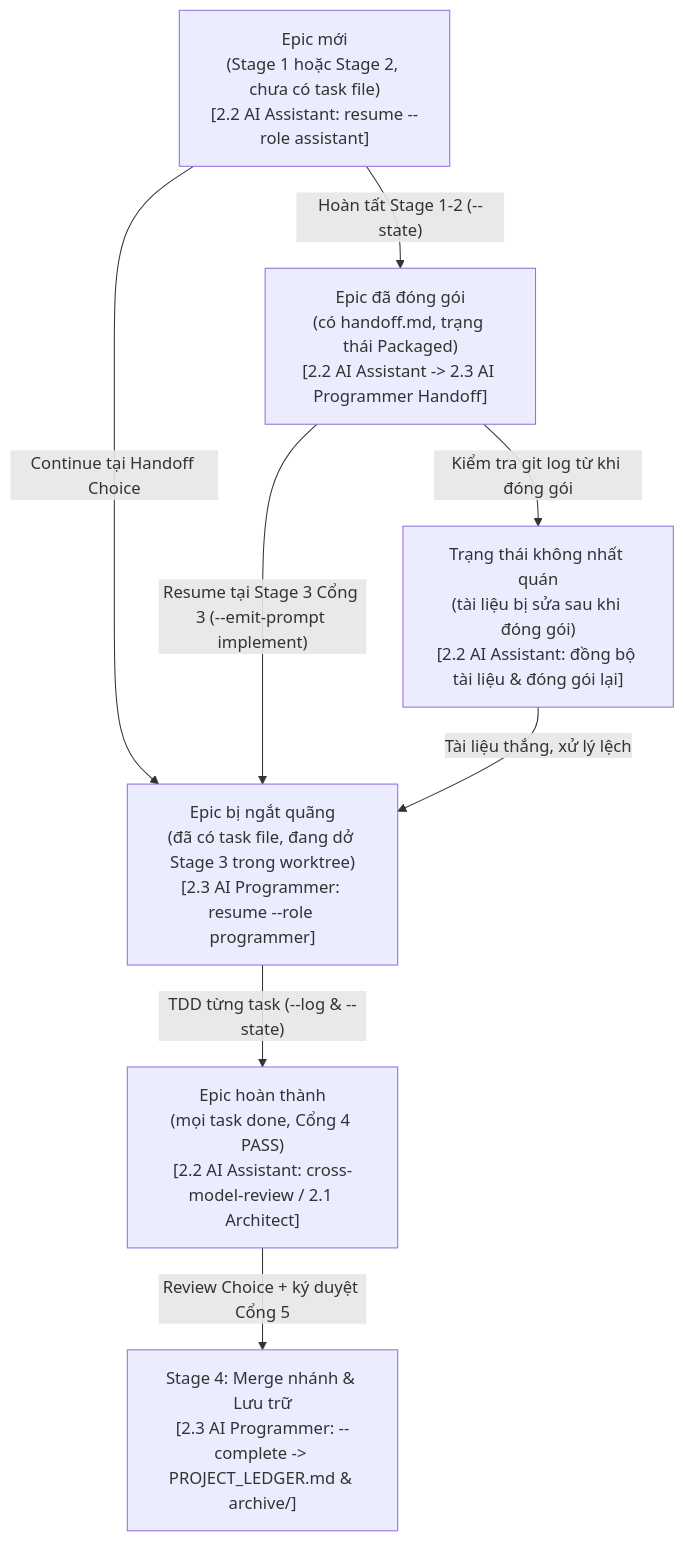
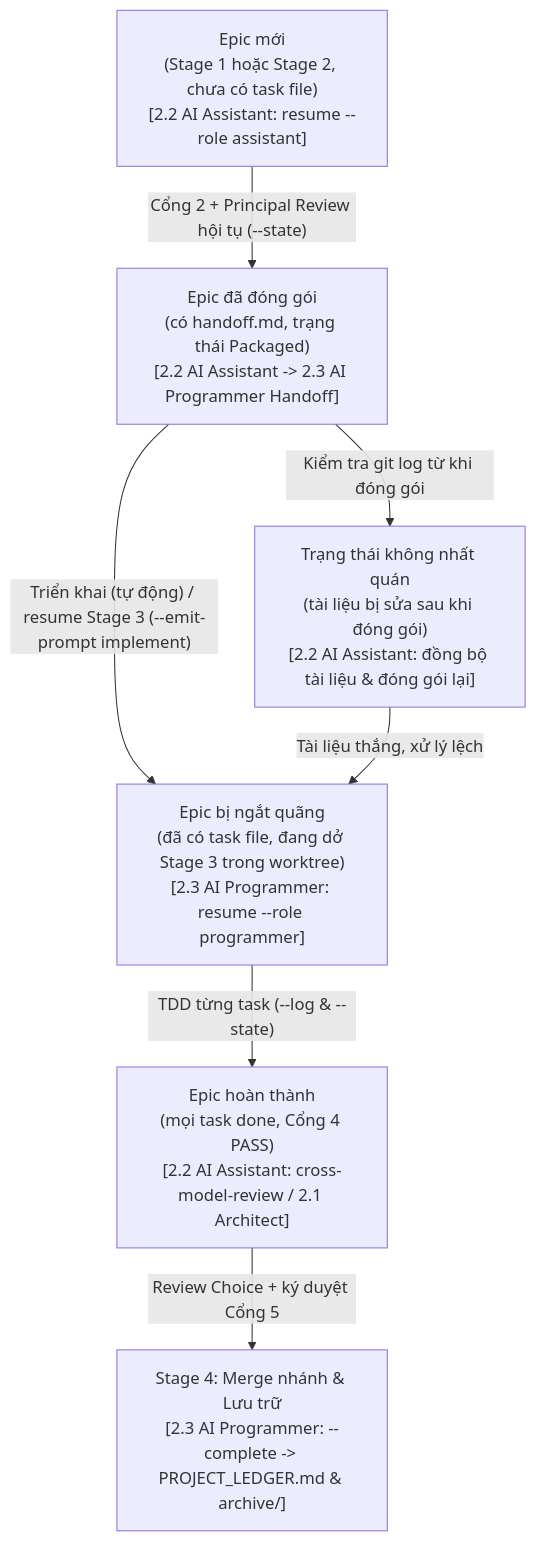
One commit to DanhDue/ai-agent-tools changed the second of 5 diagrams in docs/lifecycles.vi.md. Above: the diagram before and after it, drawn with Mermaid. The commit also changed other lines of this file and 18 other files, not shown here.

First line of the commit message:
[LIFECYCLE] Align Stage 2 Principal Review transition and autonomous execution gates

````diff
--- a/docs/lifecycles.vi.md
+++ b/docs/lifecycles.vi.md
@@ -115,17 +113,16 @@
 ```mermaid
 flowchart TD
     FRESH["Epic mới<br/>(Stage 1 hoặc Stage 2, chưa có task file)<br/>[2.2 AI Assistant: resume --role assistant]"]
     PKG["Epic đã đóng gói<br/>(có handoff.md, trạng thái Packaged)<br/>[2.2 AI Assistant -> 2.3 AI Programmer Handoff]"]
     INTR["Epic bị ngắt quãng<br/>(đã có task file, đang dở Stage 3 trong worktree)<br/>[2.3 AI Programmer: resume --role programmer]"]
     DONE_EPIC["Epic hoàn thành<br/>(mọi task done, Cổng 4 PASS)<br/>[2.2 AI Assistant: cross-model-review / 2.1 Architect]"]
     INCON["Trạng thái không nhất quán<br/>(tài liệu bị sửa sau khi đóng gói)<br/>[2.2 AI Assistant: đồng bộ tài liệu &amp; đóng gói lại]"]
     MERGED["Stage 4: Merge nhánh &amp; Lưu trữ<br/>[2.3 AI Programmer: --complete -> PROJECT_LEDGER.md &amp; archive/]"]
 
-    FRESH -->|"Hoàn tất Stage 1-2 (--state)"| PKG
-    FRESH -->|"Continue tại Handoff Choice"| INTR
+    FRESH -->|"Cổng 2 + Principal Review hội tụ (--state)"| PKG
     PKG -->|"Kiểm tra git log từ khi đóng gói"| INCON
-    PKG -->|"Resume tại Stage 3 Cổng 3 (--emit-prompt implement)"| INTR
+    PKG -->|"Triển khai (tự động) / resume Stage 3 (--emit-prompt implement)"| INTR
     INCON -->|"Tài liệu thắng, xử lý lệch"| INTR
     INTR -->|"TDD từng task (--log &amp; --state)"| DONE_EPIC
     DONE_EPIC -->|"Review Choice + ký duyệt Cổng 5"| MERGED
 ```
````
